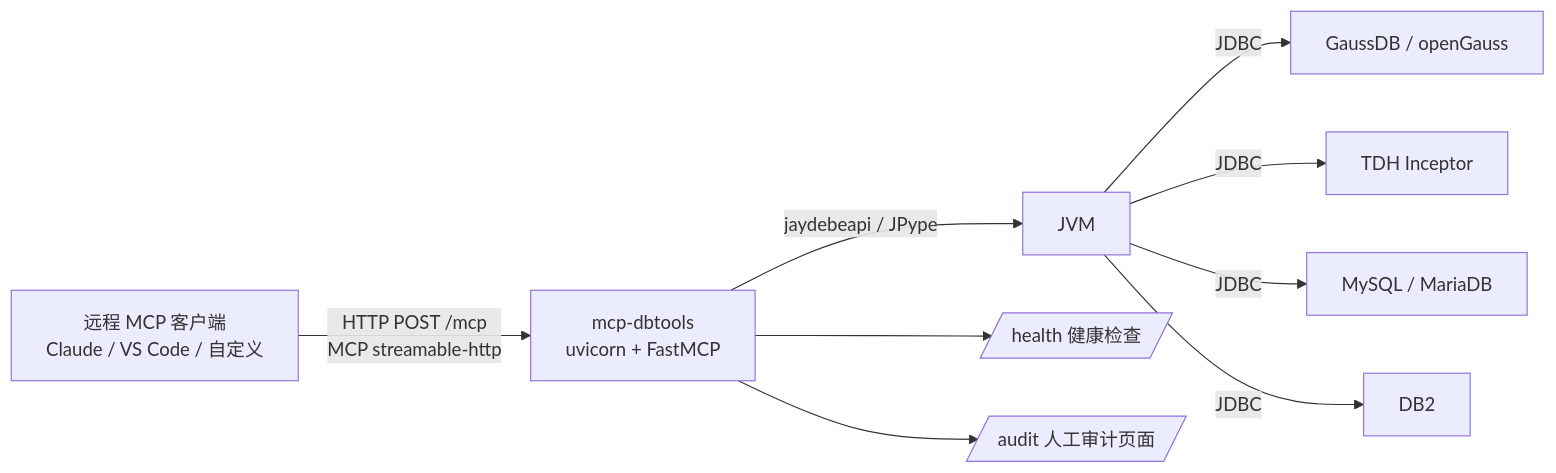
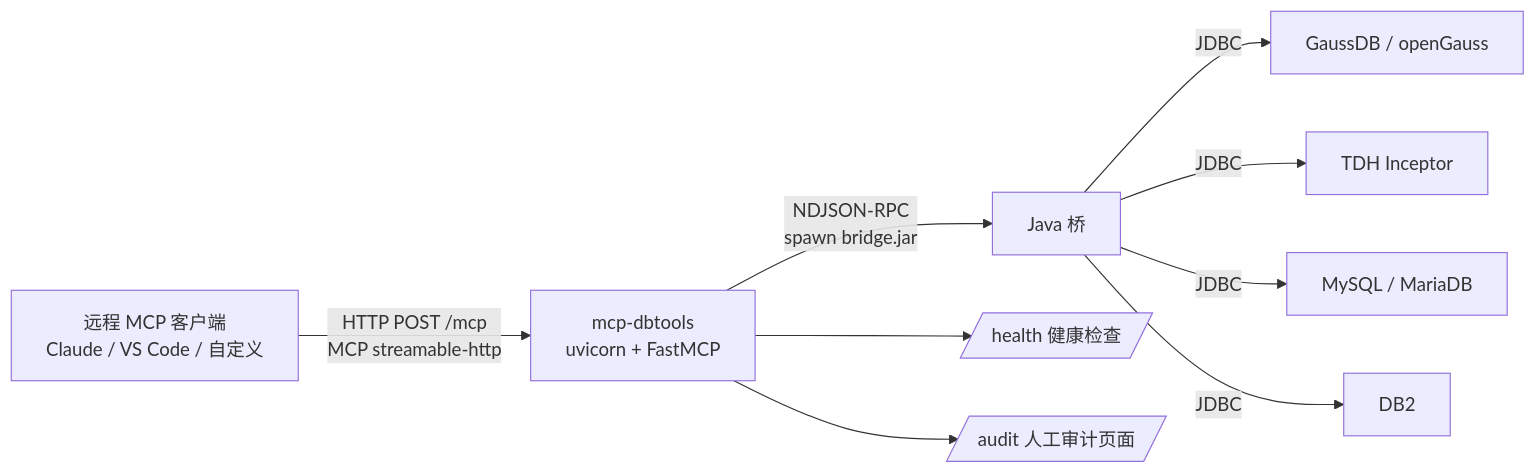
One commit to livebug/mcp-dbtools changed the diagram in docs/使用说明.md. Above: the diagram before and after it, drawn with Mermaid. The commit also changed other lines of this file and 24 other files, not shown here.

First line of the commit message:
feat: JDBC 底座换成 open-dbclient Java 桥

````diff
--- a/docs/使用说明.md
+++ b/docs/使用说明.md
@@ -30,11 +30,11 @@
 ```mermaid
 flowchart LR
     C[远程 MCP 客户端<br/>Claude / VS Code / 自定义] -- "HTTP POST /mcp<br/>MCP streamable-http" --> S[mcp-dbtools<br/>uvicorn + FastMCP]
-    S -- jaydebeapi / JPype --> J[JVM]
-    J -- "JDBC" --> G[GaussDB / openGauss]
-    J -- "JDBC" --> T[TDH Inceptor]
-    J -- "JDBC" --> M[MySQL / MariaDB]
-    J -- "JDBC" --> D[DB2]
+    S -- "NDJSON-RPC<br/>spawn bridge.jar" --> B[Java 桥]
+    B -- "JDBC" --> G[GaussDB / openGauss]
+    B -- "JDBC" --> T[TDH Inceptor]
+    B -- "JDBC" --> M[MySQL / MariaDB]
+    B -- "JDBC" --> D[DB2]
     S --> H[/health 健康检查/]
     S --> A[/audit 人工审计页面/]
 ```
````
